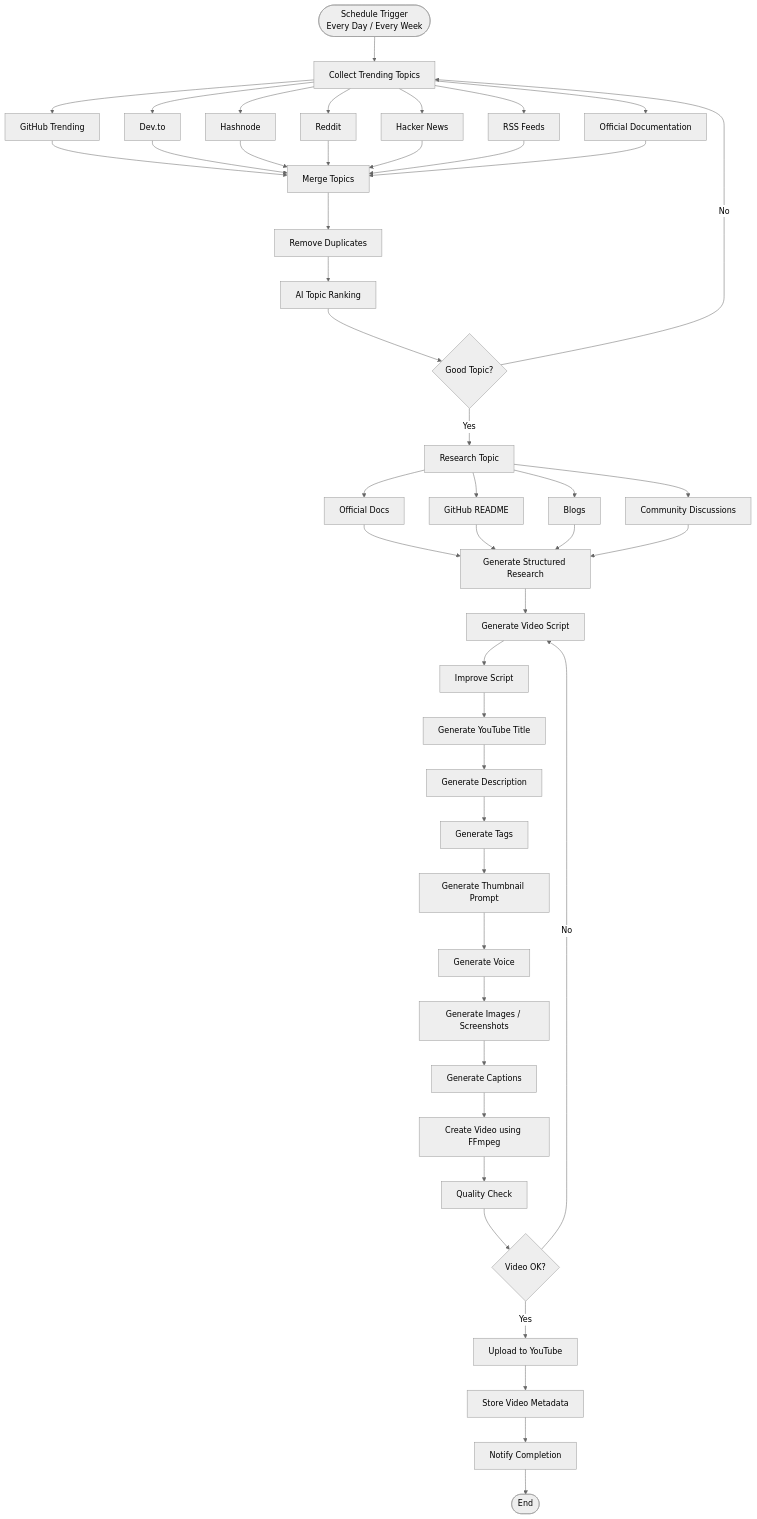
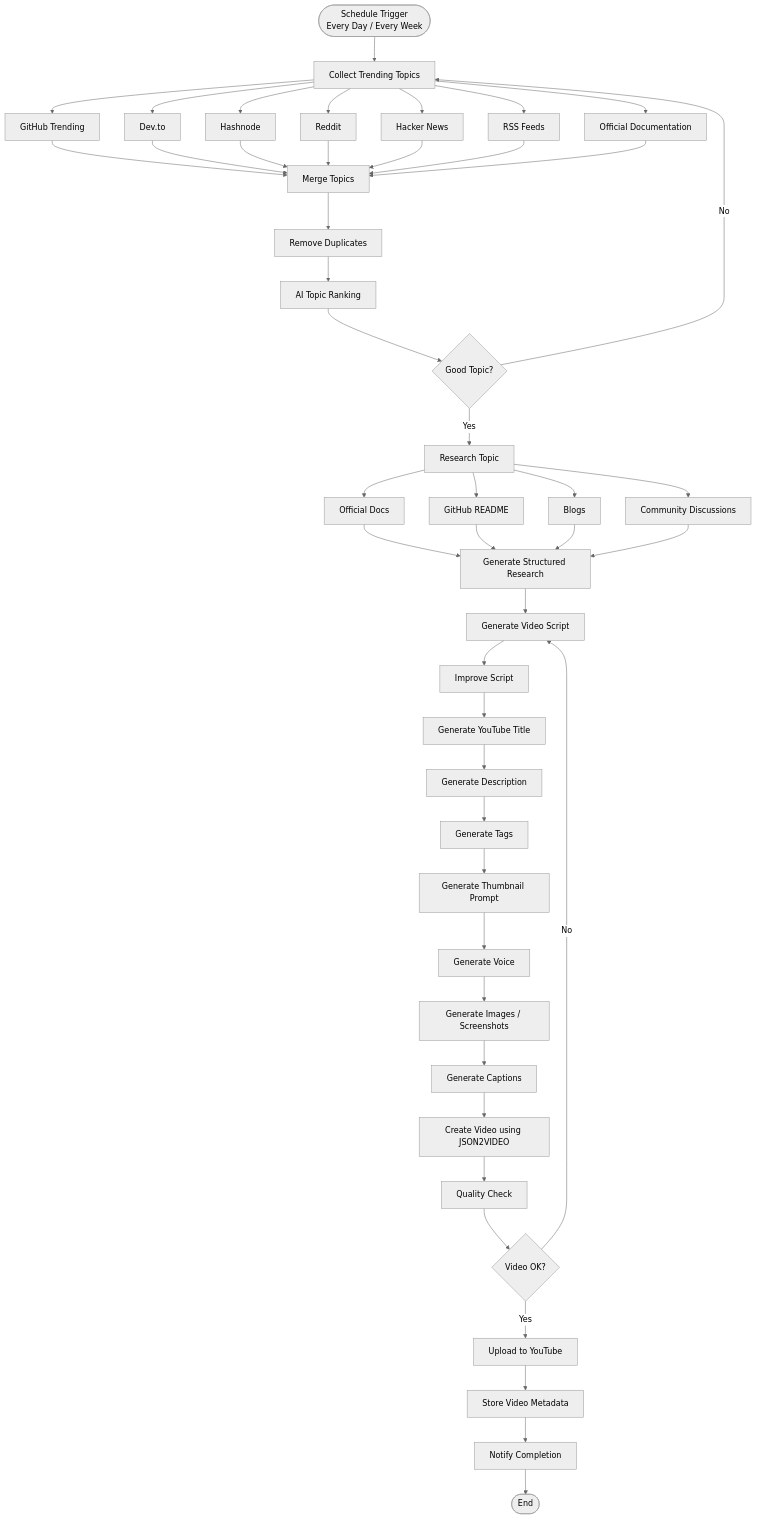
The diagram in Architecture.md (chandu7313/YouTube-Content-n8n-Automation), drawn with Mermaid (neutral theme) before and after one commit.

````diff
--- a/Architecture.md
+++ b/Architecture.md
@@ -12,57 +12,57 @@
 ```mermaid
 flowchart TD
     START([Schedule Trigger\nEvery Day / Every Week]) --> COLLECT[Collect Trending Topics]
 
     COLLECT --> GH[GitHub Trending]
     COLLECT --> DEVTO[Dev.to]
     COLLECT --> HASH[Hashnode]
     COLLECT --> REDDIT[Reddit]
     COLLECT --> HN[Hacker News]
     COLLECT --> RSS[RSS Feeds]
     COLLECT --> DOCS[Official Documentation]
 
     GH --> MERGE[Merge Topics]
     DEVTO --> MERGE
     HASH --> MERGE
     REDDIT --> MERGE
     HN --> MERGE
     RSS --> MERGE
     DOCS --> MERGE
 
     MERGE --> DEDUP[Remove Duplicates]
     DEDUP --> RANK[AI Topic Ranking]
     RANK --> GOODTOPIC{Good Topic?}
 
     GOODTOPIC -- No --> COLLECT
     GOODTOPIC -- Yes --> RESEARCH[Research Topic]
 
     RESEARCH --> RDOCS[Official Docs]
     RESEARCH --> RREADME[GitHub README]
     RESEARCH --> RBLOG[Blogs]
     RESEARCH --> RCOMM[Community Discussions]
 
     RDOCS --> GENRESEARCH[Generate Structured Research]
     RREADME --> GENRESEARCH
     RBLOG --> GENRESEARCH
     RCOMM --> GENRESEARCH
 
     GENRESEARCH --> SCRIPT[Generate Video Script]
     SCRIPT --> IMPROVE[Improve Script]
     IMPROVE --> TITLE[Generate YouTube Title]
     TITLE --> DESC[Generate Description]
     DESC --> TAGS[Generate Tags]
     TAGS --> THUMBPROMPT[Generate Thumbnail Prompt]
     THUMBPROMPT --> VOICE[Generate Voice]
     VOICE --> IMAGES[Generate Images / Screenshots]
     IMAGES --> CAPTIONS[Generate Captions]
-    CAPTIONS --> RENDER[Create Video using FFmpeg]
+    CAPTIONS --> RENDER[Create Video using JSON2VIDEO]
     RENDER --> QCHECK[Quality Check]
     QCHECK --> VIDEOOK{Video OK?}
 
     VIDEOOK -- No --> SCRIPT
     VIDEOOK -- Yes --> UPLOAD[Upload to YouTube]
 
     UPLOAD --> STORE[Store Video Metadata]
     STORE --> NOTIFY[Notify Completion]
     NOTIFY --> END([End])
 ```
````
